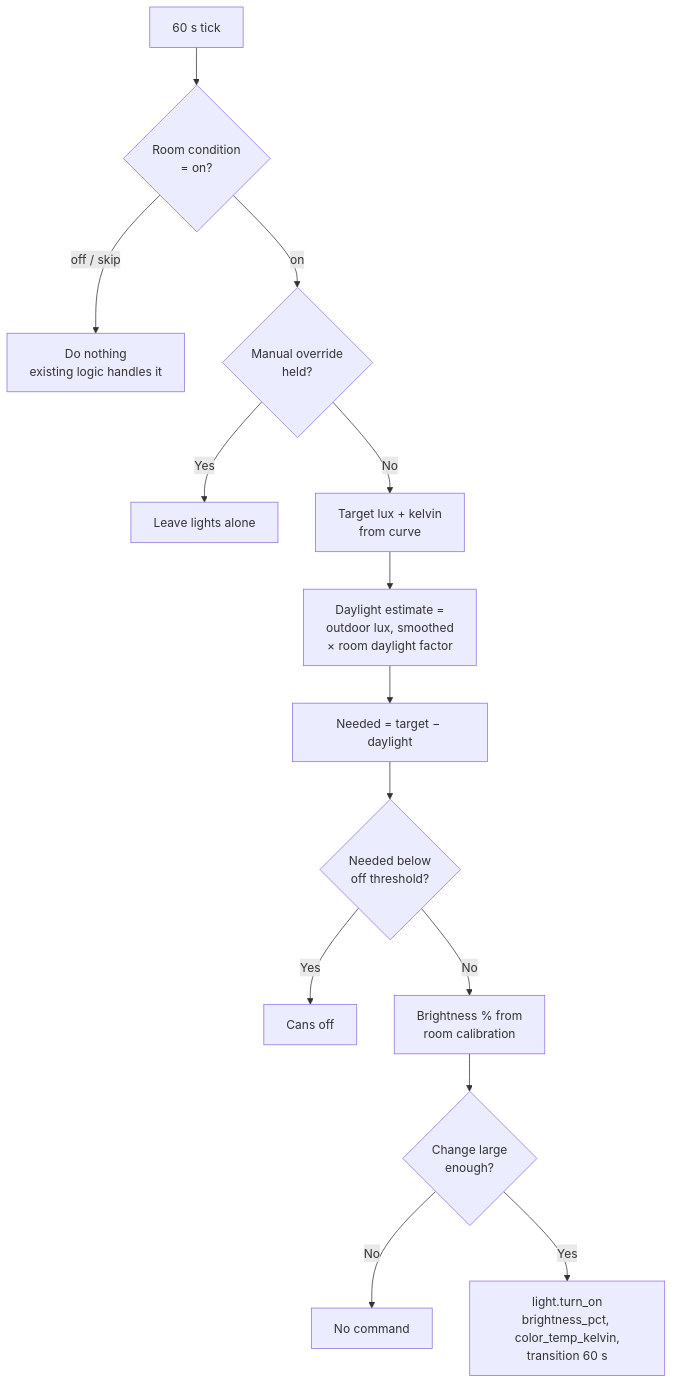
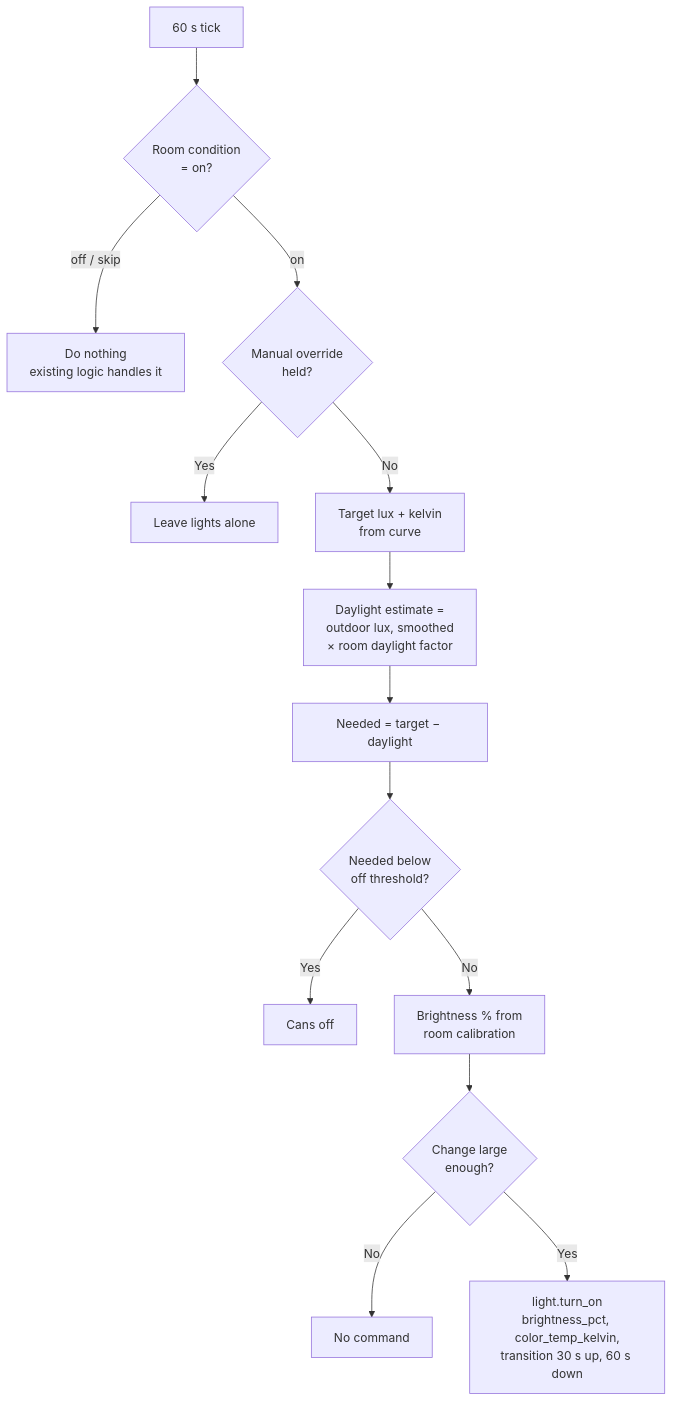
The second of 2 diagrams in docs/flows/LUX_LIGHTING.md (NickBorgers/home-automation), drawn with Mermaid before and after one commit. The commit also changed other lines of this file and 4 other files, not shown here.

First line of the commit message:
Fade lux brightness up in half the time it takes to fade down (#1451)

````diff
--- a/docs/flows/LUX_LIGHTING.md
+++ b/docs/flows/LUX_LIGHTING.md
@@ -77,16 +77,16 @@
 ```mermaid
 flowchart TD
     Tick[60 s tick] --> Cond{Room condition<br/>= on?}
     Cond -->|off / skip| Stop[Do nothing<br/>existing logic handles it]
     Cond -->|on| Ovr{Manual override<br/>held?}
     Ovr -->|Yes| Hold[Leave lights alone]
     Ovr -->|No| Target[Target lux + kelvin<br/>from curve]
     Target --> Day[Daylight estimate =<br/>outdoor lux, smoothed<br/>× room daylight factor]
     Day --> Need[Needed = target − daylight]
     Need --> Off{Needed below<br/>off threshold?}
     Off -->|Yes| CansOff[Cans off]
     Off -->|No| Bri[Brightness % from<br/>room calibration]
     Bri --> Delta{Change large<br/>enough?}
     Delta -->|No| Skip[No command]
-    Delta -->|Yes| Send[light.turn_on<br/>brightness_pct, color_temp_kelvin,<br/>transition 60 s]
+    Delta -->|Yes| Send[light.turn_on<br/>brightness_pct, color_temp_kelvin,<br/>transition 30 s up, 60 s down]
 ```
````
